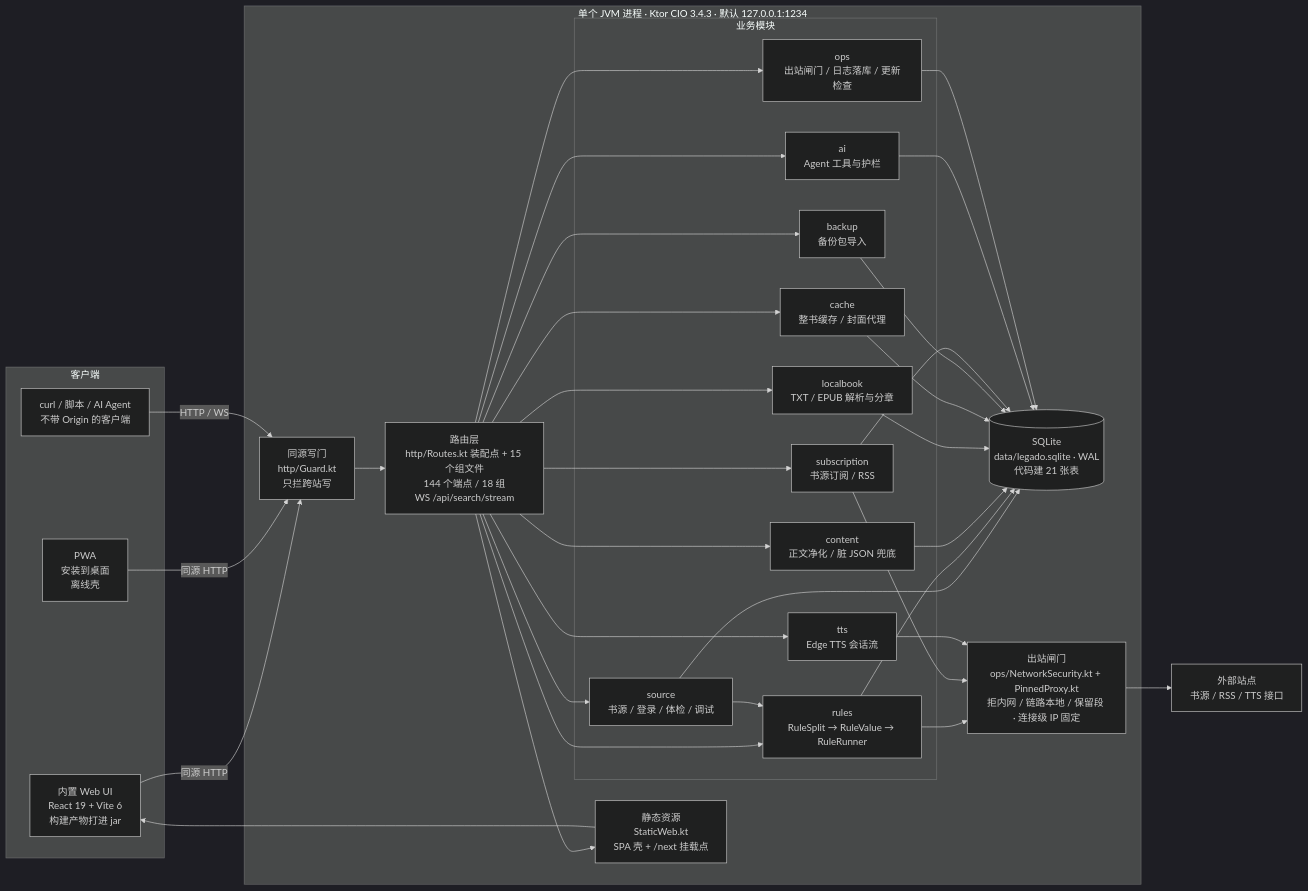
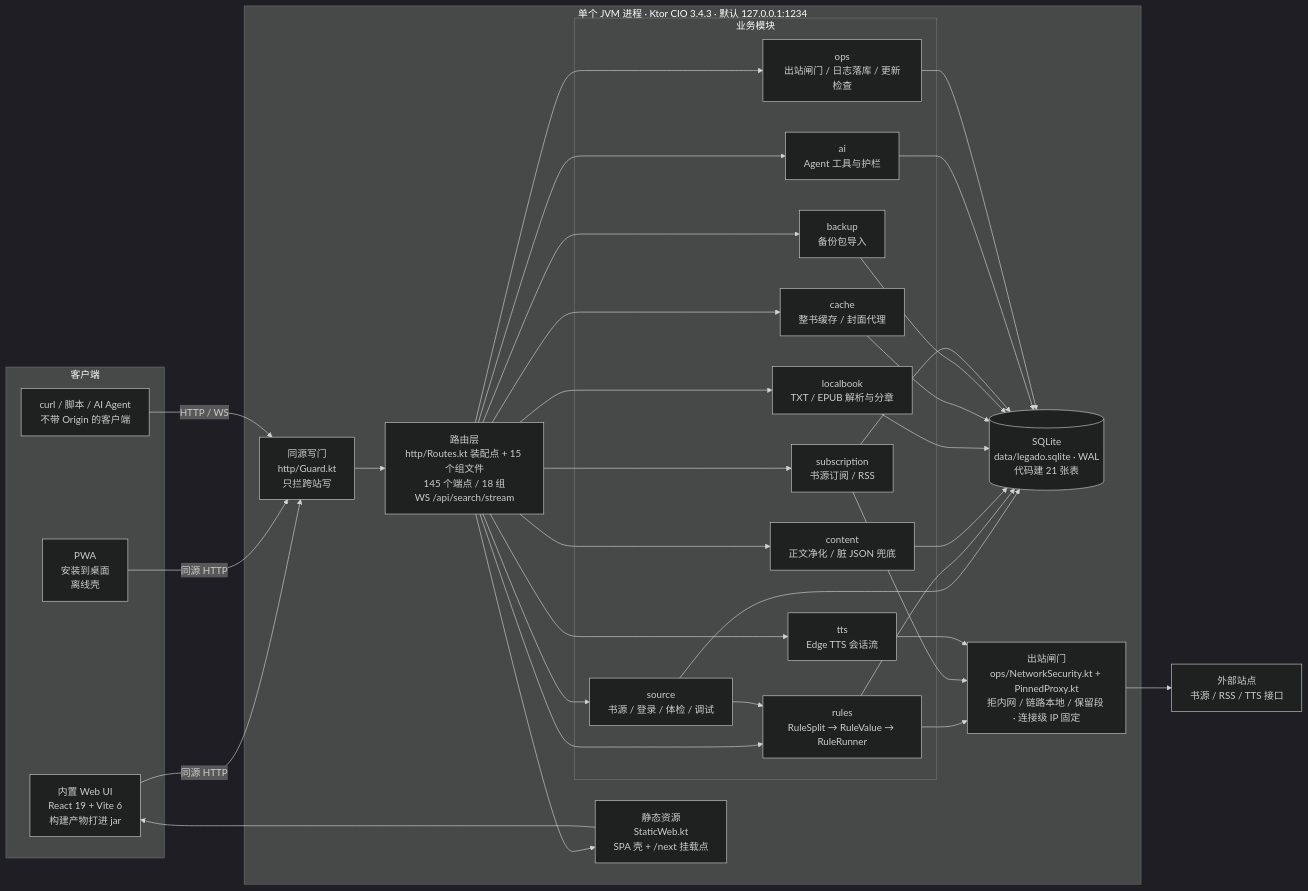
One commit to linqinqiu/legadoQ changed the first of 6 diagrams in docs/ARCHITECTURE.md. Above: the diagram before and after it, drawn with Mermaid (dark theme). The commit also changed other lines of this file and 5 other files, not shown here.

````diff
--- a/docs/ARCHITECTURE.md
+++ b/docs/ARCHITECTURE.md
@@ -12,66 +12,66 @@
 ```mermaid
 flowchart LR
     subgraph CLIENT["客户端"]
         UI["内置 Web UI<br/>React 19 + Vite 6<br/>构建产物打进 jar"]
         PWA["PWA<br/>安装到桌面<br/>离线壳"]
         CLI["curl / 脚本 / AI Agent<br/>不带 Origin 的客户端"]
     end
 
     subgraph PROC["单个 JVM 进程 · Ktor CIO 3.4.3 · 默认 127.0.0.1:1234"]
         GUARD["同源写门<br/>http/Guard.kt<br/>只拦跨站写"]
-        ROUTE["路由层<br/>http/Routes.kt 装配点 + 15 个组文件<br/>144 个端点 / 18 组<br/>WS /api/search/stream"]
+        ROUTE["路由层<br/>http/Routes.kt 装配点 + 15 个组文件<br/>145 个端点 / 18 组<br/>WS /api/search/stream"]
         STATIC["静态资源<br/>StaticWeb.kt<br/>SPA 壳 + /next 挂载点"]
 
         subgraph DOMAIN["业务模块"]
             SRC["source<br/>书源 / 登录 / 体检 / 调试"]
             RULE["rules<br/>RuleSplit → RuleValue → RuleRunner"]
             CONTENT["content<br/>正文净化 / 脏 JSON 兜底"]
             LOCAL["localbook<br/>TXT / EPUB 解析与分章"]
             CACHE["cache<br/>整书缓存 / 封面代理"]
             TTS["tts<br/>Edge TTS 会话流"]
             BACKUP["backup<br/>备份包导入"]
             SUB["subscription<br/>书源订阅 / RSS"]
             AGENT["ai<br/>Agent 工具与护栏"]
             OPS["ops<br/>出站闸门 / 日志落库 / 更新检查"]
         end
 
         DB[("SQLite<br/>data/legado.sqlite · WAL<br/>代码建 21 张表")]
         NETSEC["出站闸门<br/>ops/NetworkSecurity.kt + PinnedProxy.kt<br/>拒内网 / 链路本地 / 保留段 · 连接级 IP 固定"]
     end
 
     NET["外部站点<br/>书源 / RSS / TTS 接口"]
 
     UI -->|"同源 HTTP"| GUARD
     PWA -->|"同源 HTTP"| GUARD
     CLI -->|"HTTP / WS"| GUARD
     GUARD --> ROUTE
     ROUTE --> STATIC
     STATIC --> UI
 
     ROUTE --> SRC
     ROUTE --> RULE
     ROUTE --> CONTENT
     ROUTE --> LOCAL
     ROUTE --> CACHE
     ROUTE --> TTS
     ROUTE --> BACKUP
     ROUTE --> SUB
     ROUTE --> AGENT
     ROUTE --> OPS
 
     SRC --> RULE
     RULE --> NETSEC
     NETSEC --> NET
     SUB --> NETSEC
     TTS --> NETSEC
 
     SRC --> DB
     RULE --> DB
     CONTENT --> DB
     LOCAL --> DB
     CACHE --> DB
     BACKUP --> DB
     SUB --> DB
     AGENT --> DB
     OPS --> DB
 ```
````
